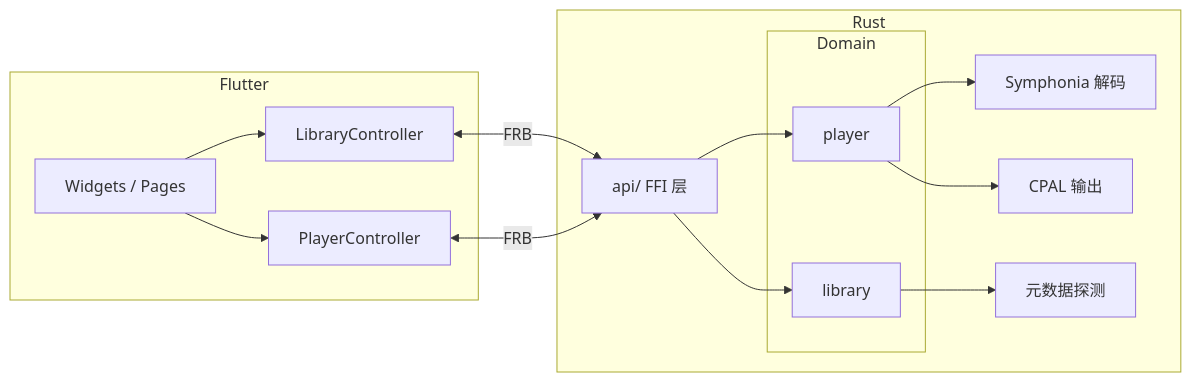
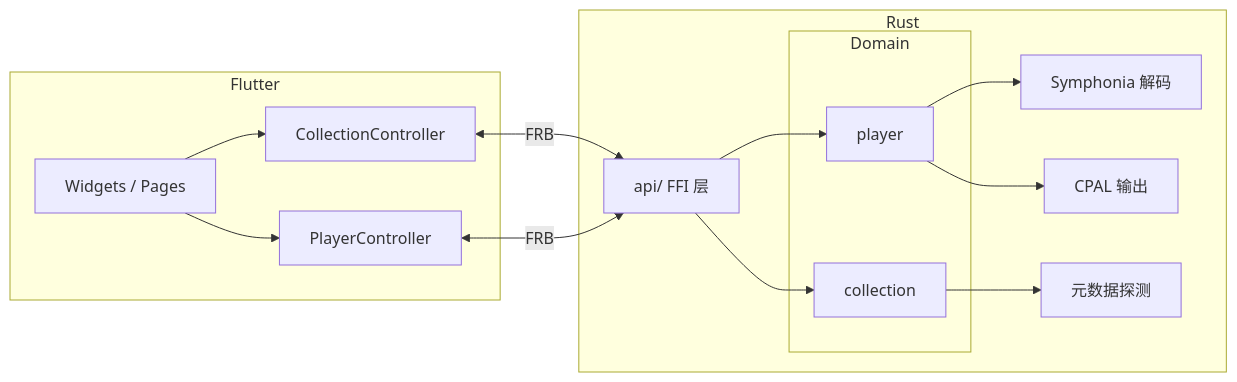
Before and after one commit to Sherlock-Holo/mofu: the diagram in README.md, drawn with Mermaid. The commit also changed other lines of this file and 32 other files, not shown here.

Commit message:
refactor: rename library domain to collection and drop legacy JSON migration

````diff
--- a/README.md
+++ b/README.md
@@ -34,26 +34,26 @@
 ```mermaid
 flowchart LR
   subgraph Flutter
     UI[Widgets / Pages]
-    LC[LibraryController]
+    LC[CollectionController]
     PC[PlayerController]
     UI --> LC
     UI --> PC
   end
 
   subgraph Rust
     API[api/ FFI 层]
   subgraph Domain
-      LIB[library]
+      COL[collection]
       PLAY[player]
     end
-    API --> LIB
+    API --> COL
     API --> PLAY
     PLAY --> DEC[Symphonia 解码]
     PLAY --> OUT[CPAL 输出]
-    LIB --> INS[元数据探测]
+    COL --> INS[元数据探测]
   end
 
   LC <-->|FRB| API
   PC <-->|FRB| API
 ```
````
